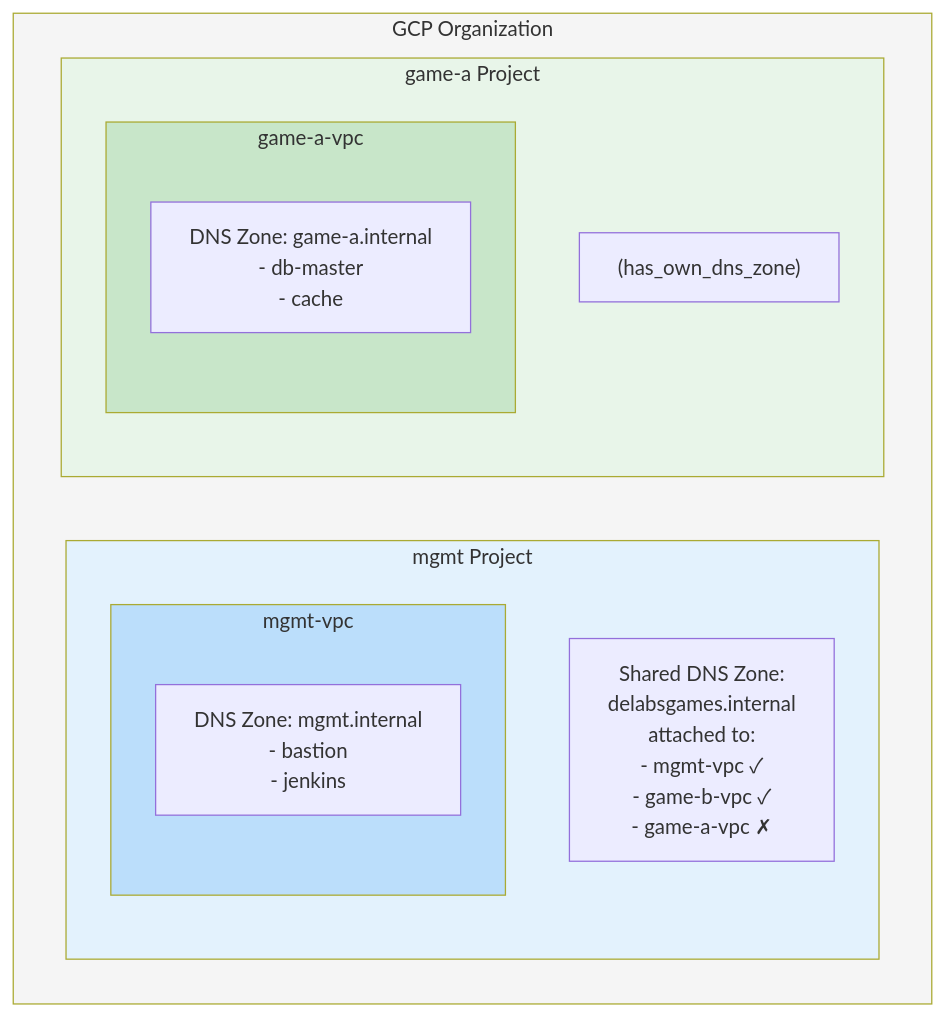
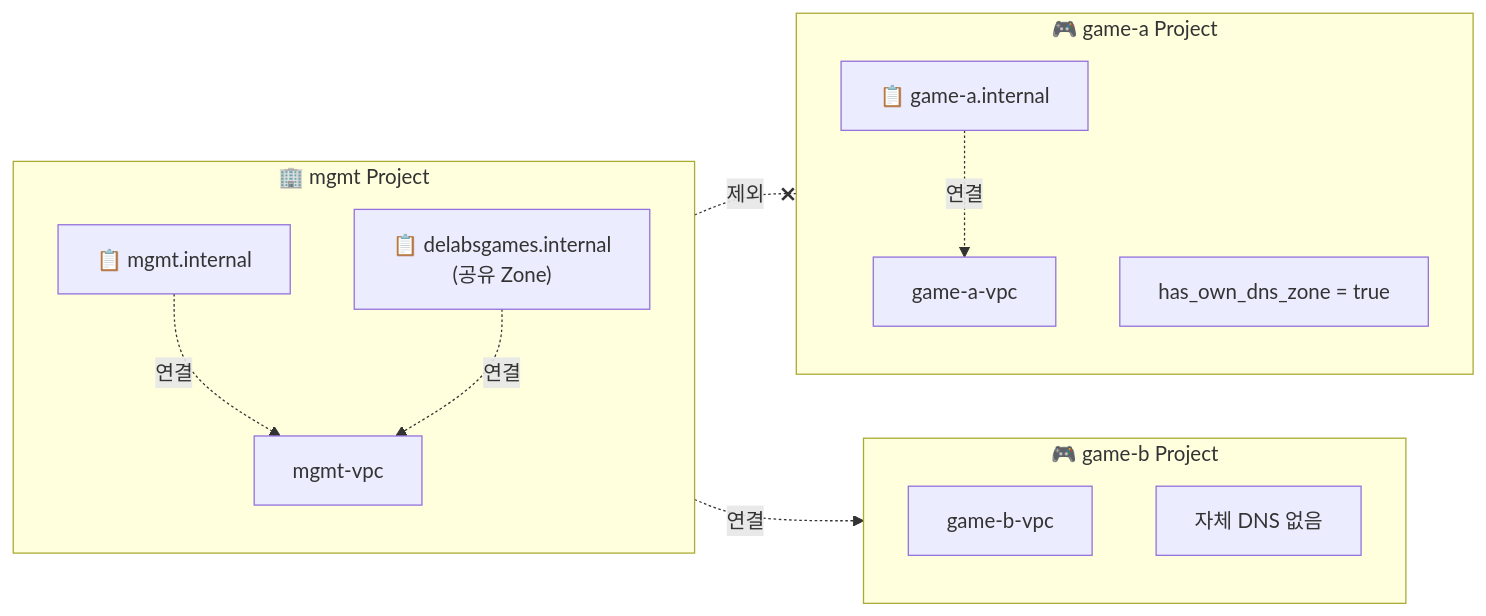
The diagram in terraform_gcp_infra/docs/modules/cloud-dns.md (JSJ2337/GCP_terraform_code), drawn with Mermaid before and after one commit. The commit also changed other lines of this file and 2 other files, not shown here.

Commit message:
docs: Mermaid 다이어그램 가독성 개선
변경 파일:
- docs/modules/cloud-dns.md: Per-VPC DNS 패턴 다이어그램 간소화
- docs/modules/naming.md: 입력→패턴→출력 흐름 간소화 + 테이블 추가
- docs/architecture/diagrams.md:
  - 전체 시스템 구조: 3티어 요약 테이블 추가
  - State 관리: 경로 패턴 + 특징 테이블
  - 배포 순서: 숫자 이모지 + 의존성 테이블
  - 모듈 구조: 카테고리별 그룹화

개선 원칙:
- flowchart LR/TD 사용으로 일관된 방향
- 복잡한 subgraph 중첩 제거
- 다이어그램 + 테이블 조합으로 정보 전달

````diff
--- a/terraform_gcp_infra/docs/modules/cloud-dns.md
+++ b/terraform_gcp_infra/docs/modules/cloud-dns.md
@@ -394,25 +394,29 @@
 ```mermaid
-%%{init: {'theme': 'default'}}%%
-flowchart TB
-    subgraph ORG["GCP Organization"]
-        subgraph MGMT["mgmt Project"]
-            subgraph MGMT_VPC["mgmt-vpc"]
-                MGMT_DNS["DNS Zone: mgmt.internal<br/>- bastion<br/>- jenkins"]
-            end
-            SHARED["Shared DNS Zone:<br/>delabsgames.internal<br/>attached to:<br/>- mgmt-vpc ✓<br/>- game-b-vpc ✓<br/>- game-a-vpc ✗"]
-        end
-
-        subgraph GAMEA["game-a Project"]
-            subgraph GAMEA_VPC["game-a-vpc"]
-                GAMEA_DNS["DNS Zone: game-a.internal<br/>- db-master<br/>- cache"]
-            end
-            NOTE["(has_own_dns_zone)"]
-        end
+flowchart LR
+    subgraph MGMT["🏢 mgmt Project"]
+        direction TB
+        M_VPC["mgmt-vpc"]
+        M_DNS["📋 mgmt.internal"]
+        SHARED["📋 delabsgames.internal<br/>(공유 Zone)"]
     end
 
-    style ORG fill:#f5f5f5
-    style MGMT fill:#e3f2fd
-    style GAMEA fill:#e8f5e9
-    style MGMT_VPC fill:#bbdefb
-    style GAMEA_VPC fill:#c8e6c9
+    subgraph GAMEB["🎮 game-b Project"]
+        direction TB
+        B_VPC["game-b-vpc"]
+        B_NOTE["자체 DNS 없음"]
+    end
+
+    subgraph GAMEA["🎮 game-a Project"]
+        direction TB
+        A_VPC["game-a-vpc"]
+        A_DNS["📋 game-a.internal"]
+        A_NOTE["has_own_dns_zone = true"]
+    end
+
+    %% 연결 관계
+    M_DNS -.->|연결| M_VPC
+    SHARED -.->|연결| M_VPC
+    SHARED -.->|연결| B_VPC
+    SHARED -.-x|제외| A_VPC
+    A_DNS -.->|연결| A_VPC
 ```
````
